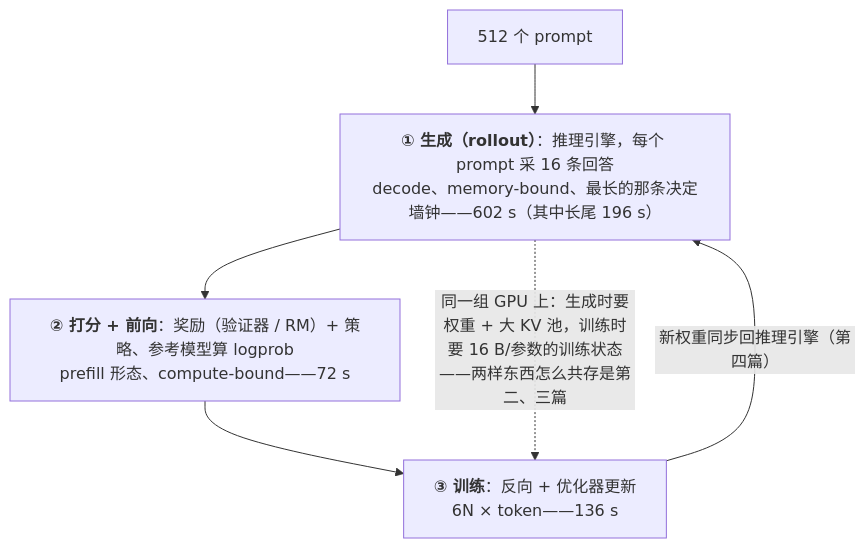
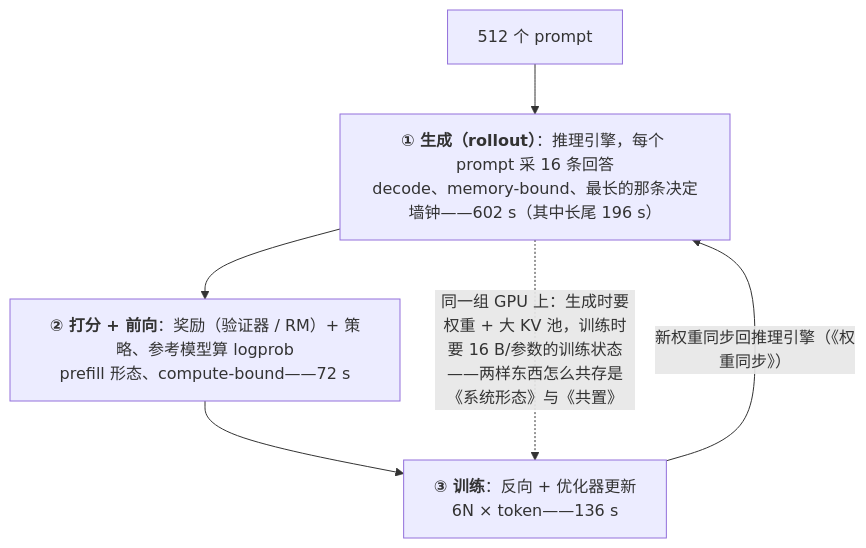
The diagram in _posts/2026-08-27-rl-step-anatomy-rollout-reward-train.md (arganzheng/arganzheng.github.com), drawn with Mermaid before and after one commit. The commit also changed other lines of this file, not shown here.

````diff
--- a/_posts/2026-08-27-rl-step-anatomy-rollout-reward-train.md
+++ b/_posts/2026-08-27-rl-step-anatomy-rollout-reward-train.md
@@ -27,11 +27,10 @@
 ```mermaid
 %%{init: {"flowchart": {"wrappingWidth": 330}}}%%
 %% 图：一步 RL 的三个作业与两次同步：生成 602 s、打分与前向 72 s、训练 136 s
 flowchart TB
     P["512 个 prompt"] --> G["<b>① 生成（rollout）</b>：推理引擎，每个 prompt 采 16 条回答<br/>decode、memory-bound、最长的那条决定墙钟——602 s（其中长尾 196 s）"]
     G --> R["<b>② 打分 + 前向</b>：奖励（验证器 / RM）+ 策略、参考模型算 logprob<br/>prefill 形态、compute-bound——72 s"]
     R --> T["<b>③ 训练</b>：反向 + 优化器更新<br/>6N × token——136 s"]
-    T -- "新权重同步回推理引擎（第四篇）" --> G
-    G -. "同一组 GPU 上：生成时要权重 + 大 KV 池，训练时要 16 B/参数的训练状态——两样东西怎么共存是第二、三篇" .-> T
-
+    T -- "新权重同步回推理引擎（《权重同步》）" --> G
+    G -. "同一组 GPU 上：生成时要权重 + 大 KV 池，训练时要 16 B/参数的训练状态——两样东西怎么共存是《系统形态》与《共置》" .-> T
 ```
````
